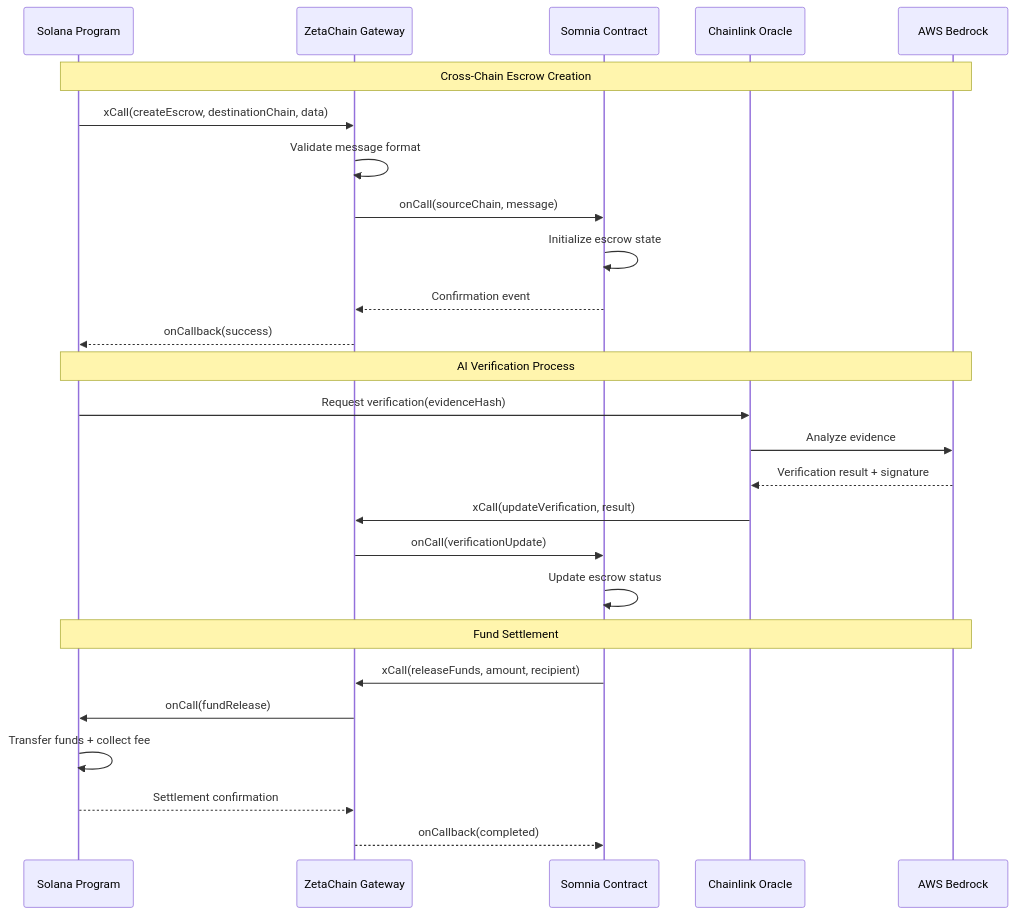
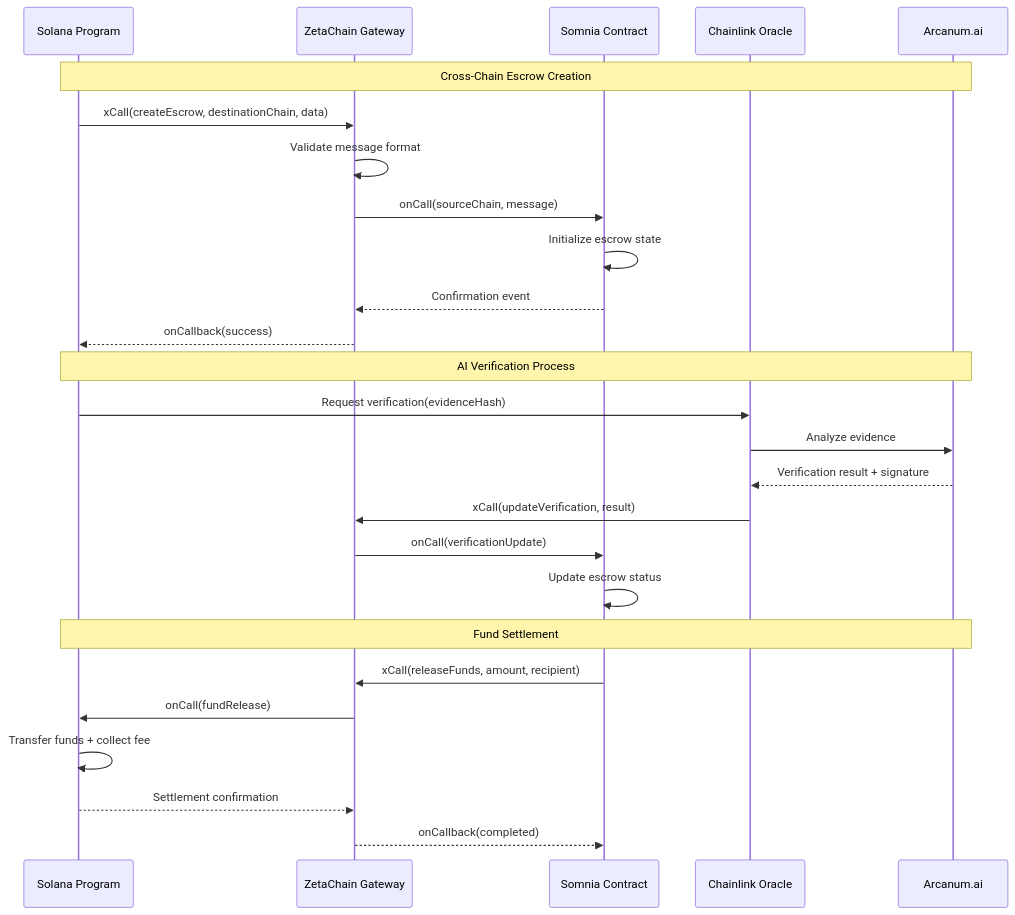
Before and after one commit to De-real-iManuel/aetherlock-docs: the seventh of 16 diagrams in technical-architecture.mdx, drawn with Mermaid. The commit also changed other lines of this file and 92 other files, not shown here.

````diff
--- a/technical-architecture.mdx
+++ b/technical-architecture.mdx
@@ -516,31 +518,31 @@
 ```mermaid
 sequenceDiagram
     participant Solana as Solana Program
     participant ZetaGW as ZetaChain Gateway
     participant Somnia as Somnia Contract
     participant Oracle as Chainlink Oracle
-    participant AI as AWS Bedrock
+    participant AI as Arcanum.ai
     
     Note over Solana,AI: Cross-Chain Escrow Creation
     Solana->>ZetaGW: xCall(createEscrow, destinationChain, data)
     ZetaGW->>ZetaGW: Validate message format
     ZetaGW->>Somnia: onCall(sourceChain, message)
     Somnia->>Somnia: Initialize escrow state
     Somnia-->>ZetaGW: Confirmation event
     ZetaGW-->>Solana: onCallback(success)
     
     Note over Solana,AI: AI Verification Process
     Solana->>Oracle: Request verification(evidenceHash)
     Oracle->>AI: Analyze evidence
     AI-->>Oracle: Verification result + signature
     Oracle->>ZetaGW: xCall(updateVerification, result)
     ZetaGW->>Somnia: onCall(verificationUpdate)
     Somnia->>Somnia: Update escrow status
     
     Note over Solana,AI: Fund Settlement
     Somnia->>ZetaGW: xCall(releaseFunds, amount, recipient)
     ZetaGW->>Solana: onCall(fundRelease)
     Solana->>Solana: Transfer funds + collect fee
     Solana-->>ZetaGW: Settlement confirmation
     ZetaGW-->>Somnia: onCallback(completed)
 ```
````
